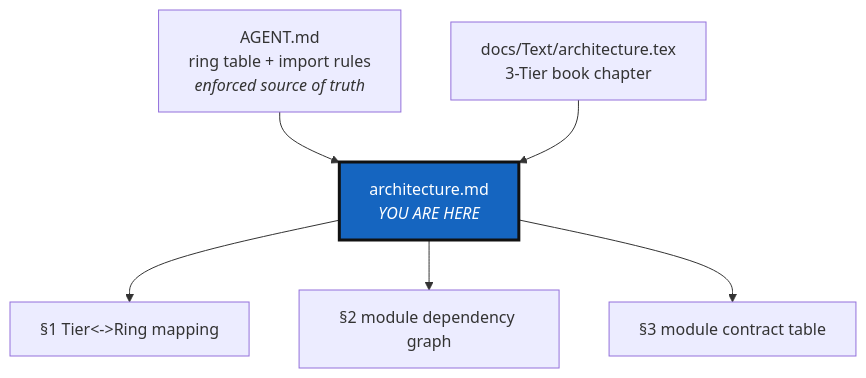
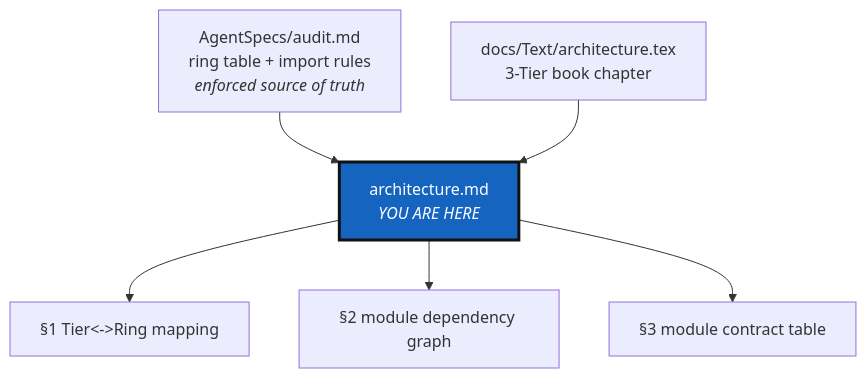
The first of 2 diagrams in docs/DevGuide/architecture.md (flipoyo/ComplexGitSync), drawn with Mermaid before and after one commit. The commit also changed other lines of this file and 3 other files, not shown here.

First line of the commit message:
merge ring model into audit.md, rewrite AgentSpecs/AGENT.md as agent roster

````diff
--- a/docs/DevGuide/architecture.md
+++ b/docs/DevGuide/architecture.md
@@ -38,11 +39,11 @@
 ```mermaid
 graph TD
-    AGENT["AGENT.md<br/>ring table + import rules<br/><i>enforced source of truth</i>"] --> ARCH["architecture.md<br/><i>YOU ARE HERE</i>"]
+    AUDIT["AgentSpecs/audit.md<br/>ring table + import rules<br/><i>enforced source of truth</i>"] --> ARCH["architecture.md<br/><i>YOU ARE HERE</i>"]
     TEX["docs/Text/architecture.tex<br/>3-Tier book chapter"] --> ARCH
     ARCH --> MAP["§1 Tier<->Ring mapping"]
     ARCH --> GRAPH["§2 module dependency graph"]
     ARCH --> TABLE["§3 module contract table"]
 
     classDef here fill:#1565C0,color:#fff,stroke:#111,stroke-width:3px;
     class ARCH here;
 ```
````
